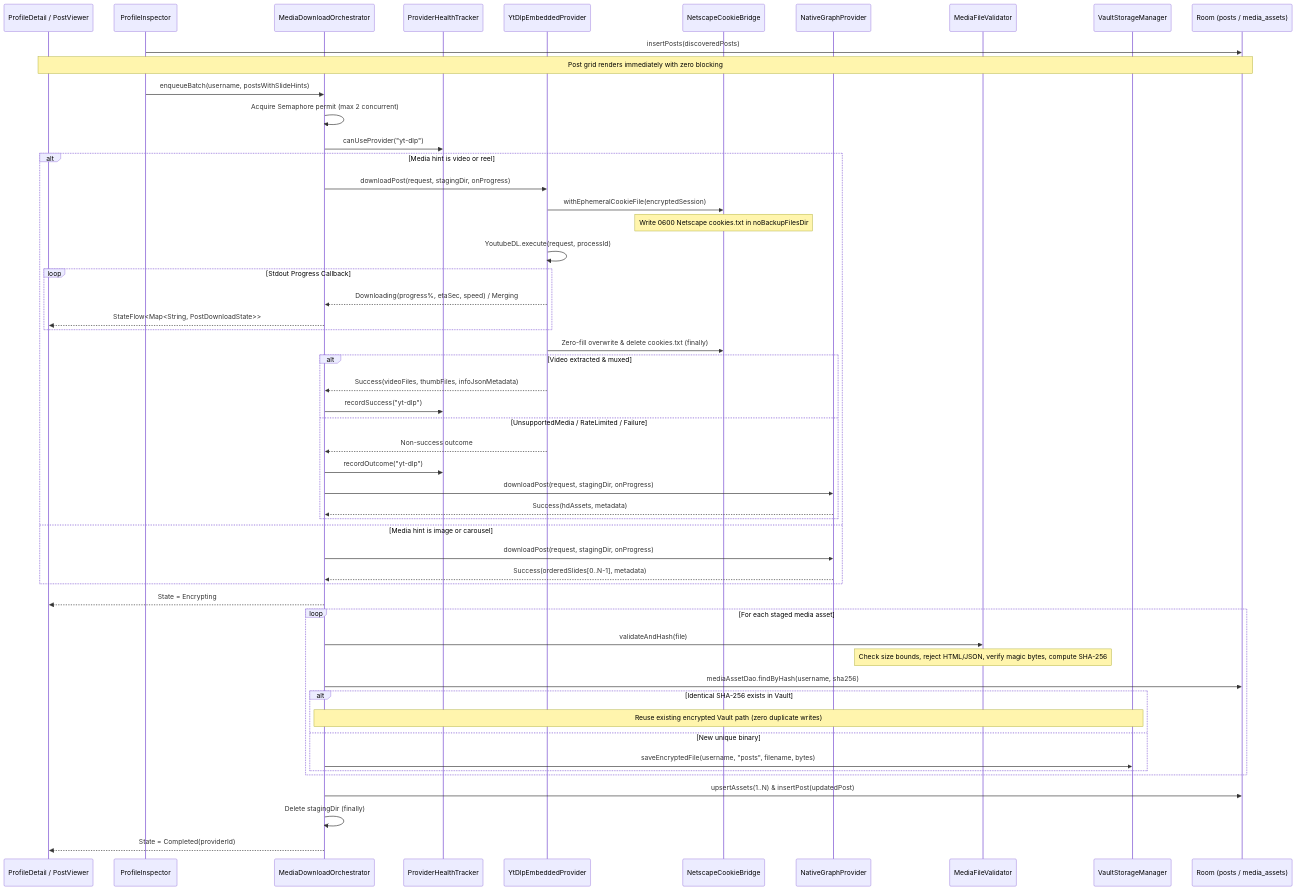
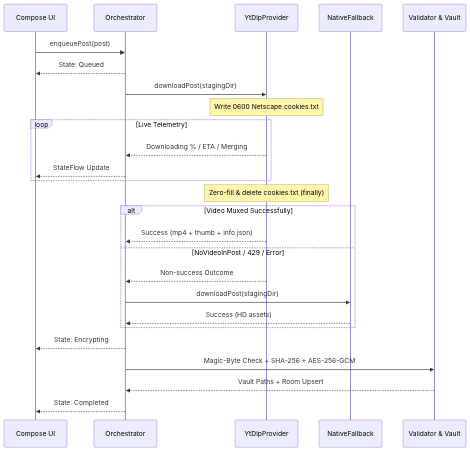
Before and after one commit to ramilseferov/instalogger: the third of 6 diagrams in docs/MEDIA_ARCHIVING_ARCHITECTURE.md, drawn with Mermaid. The commit also changed other lines of this file and 1 other file, not shown here.

Commit message:
docs(architecture): redesign Mermaid diagrams for vertical GitHub rendering and fix parser syntax

````diff
--- a/docs/MEDIA_ARCHIVING_ARCHITECTURE.md
+++ b/docs/MEDIA_ARCHIVING_ARCHITECTURE.md
@@ -107,58 +109,31 @@
 ```mermaid
 sequenceDiagram
-    participant UI as ProfileDetail / PostViewer
-    participant PI as ProfileInspector
-    participant Orch as MediaDownloadOrchestrator
-    participant Hlth as ProviderHealthTracker
-    participant Yt as YtDlpEmbeddedProvider
-    participant Ck as NetscapeCookieBridge
-    participant Nat as NativeGraphProvider
-    participant Val as MediaFileValidator
-    participant Vlt as VaultStorageManager
-    participant DB as Room (posts / media_assets)
+    participant UI as Compose UI
+    participant Orch as Orchestrator
+    participant Yt as YtDlpProvider
+    participant Nat as NativeFallback
+    participant Store as Validator & Vault
 
-    PI->>DB: insertPosts(discoveredPosts)
-    Note over UI,DB: Post grid renders immediately with zero blocking
-    PI->>Orch: enqueueBatch(username, postsWithSlideHints)
-    Orch->>Orch: Acquire Semaphore permit (max 2 concurrent)
-    Orch->>Hlth: canUseProvider("yt-dlp")
+    UI->>Orch: enqueuePost(post)
+    Orch-->>UI: State: Queued
+    Orch->>Yt: downloadPost(stagingDir)
+    Note over Yt: Write 0600 Netscape cookies.txt
+    loop Live Telemetry
+        Yt-->>Orch: Downloading % / ETA / Merging
+        Orch-->>UI: StateFlow Update
+    end
+    Note over Yt: Zero-fill & delete cookies.txt (finally)
 
-    alt Media hint is video or reel
-        Orch->>Yt: downloadPost(request, stagingDir, onProgress)
-        Yt->>Ck: withEphemeralCookieFile(encryptedSession)
-        Note over Ck: Write 0600 Netscape cookies.txt in noBackupFilesDir
-        Yt->>Yt: YoutubeDL.execute(request, processId)
-        loop Stdout Progress Callback
-            Yt-->>Orch: Downloading(progress%, etaSec, speed) / Merging
-            Orch-->>UI: StateFlow<Map<String, PostDownloadState>>
-        end
-        Yt->>Ck: Zero-fill overwrite & delete cookies.txt (finally)
-        alt Video extracted & muxed
-            Yt-->>Orch: Success(videoFiles, thumbFiles, infoJsonMetadata)
-            Orch->>Hlth: recordSuccess("yt-dlp")
-        else UnsupportedMedia / RateLimited / Failure
-            Yt-->>Orch: Non-success outcome
-            Orch->>Hlth: recordOutcome("yt-dlp")
-            Orch->>Nat: downloadPost(request, stagingDir, onProgress)
-            Nat-->>Orch: Success(hdAssets, metadata)
-        end
-    else Media hint is image or carousel
-        Orch->>Nat: downloadPost(request, stagingDir, onProgress)
-        Nat-->>Orch: Success(orderedSlides[0..N-1], metadata)
+    alt Video Muxed Successfully
+        Yt-->>Orch: Success (mp4 + thumb + info.json)
+    else NoVideoInPost / 429 / Error
+        Yt-->>Orch: Non-success Outcome
+        Orch->>Nat: downloadPost(stagingDir)
+        Nat-->>Orch: Success (HD assets)
     end
 
-    Orch-->>UI: State = Encrypting
-    loop For each staged media asset
-        Orch->>Val: validateAndHash(file)
-        Note over Val: Check size bounds, reject HTML/JSON, verify magic bytes, compute SHA-256
-        Orch->>DB: mediaAssetDao.findByHash(username, sha256)
-        alt Identical SHA-256 exists in Vault
-            Note over Orch,Vlt: Reuse existing encrypted Vault path (zero duplicate writes)
-        else New unique binary
-            Orch->>Vlt: saveEncryptedFile(username, "posts", filename, bytes)
-        end
-    end
-    Orch->>DB: upsertAssets(1..N) & insertPost(updatedPost)
-    Orch->>Orch: Delete stagingDir (finally)
-    Orch-->>UI: State = Completed(providerId)
+    Orch-->>UI: State: Encrypting
+    Orch->>Store: Magic-Byte Check + SHA-256 + AES-256-GCM
+    Store-->>Orch: Vault Paths + Room Upsert
+    Orch-->>UI: State: Completed
 ```
````
